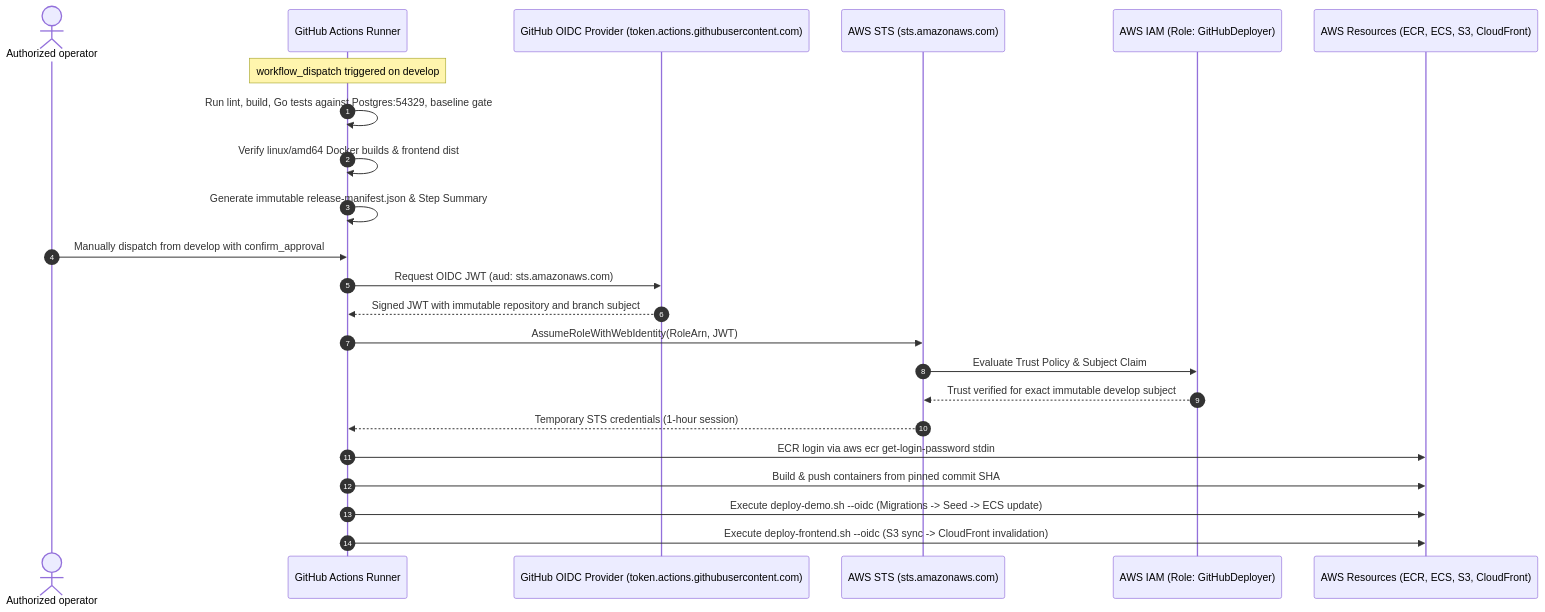
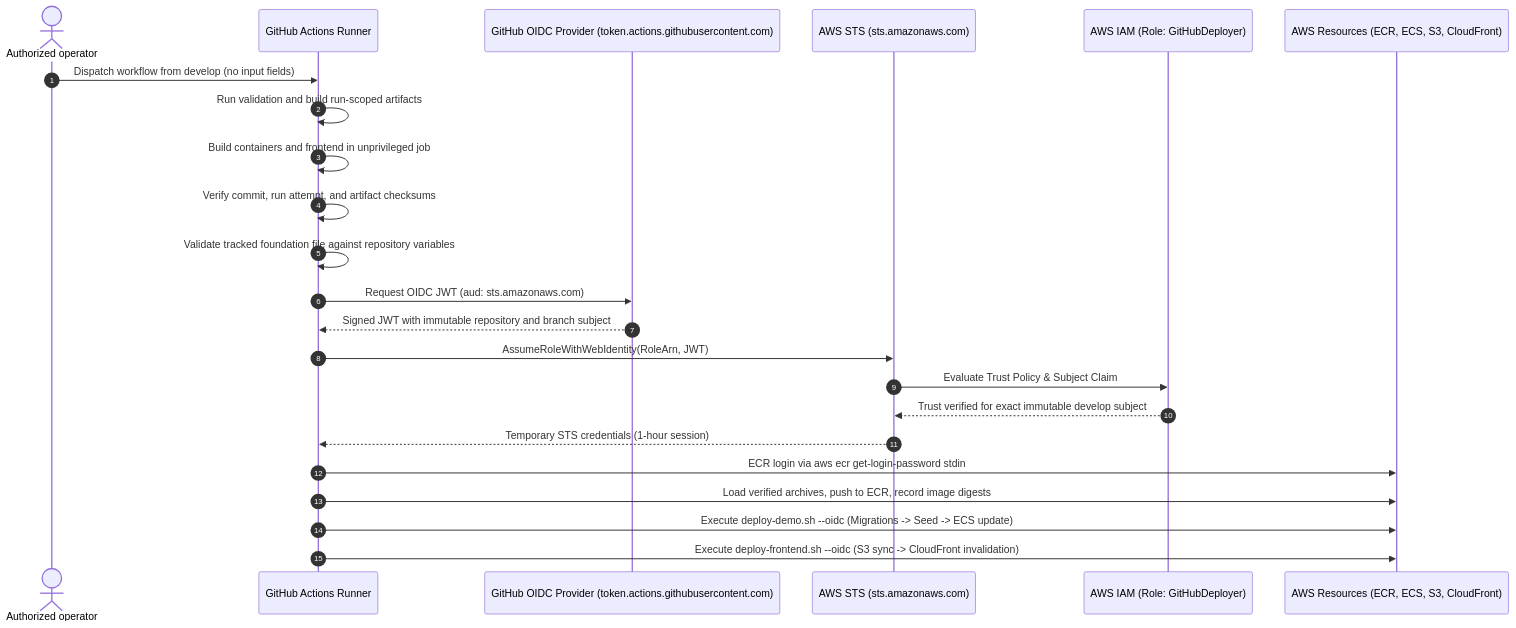
Before and after one commit to slabarcaf/flowcard-treasury: the diagram in docs/infra/github-oidc.md, drawn with Mermaid. The commit also changed other lines of this file and 7 other files, not shown here.

````diff
--- a/docs/infra/github-oidc.md
+++ b/docs/infra/github-oidc.md
@@ -13,26 +13,26 @@
 ```mermaid
 sequenceDiagram
     autonumber
     actor Operator as Authorized operator
     participant GHA as GitHub Actions Runner
     participant OIDC as GitHub OIDC Provider (token.actions.githubusercontent.com)
     participant STS as AWS STS (sts.amazonaws.com)
     participant IAM as AWS IAM (Role: GitHubDeployer)
     participant AWS as AWS Resources (ECR, ECS, S3, CloudFront)
 
-    Note over GHA: workflow_dispatch triggered on develop
-    GHA->>GHA: Run lint, build, Go tests against Postgres:54329, baseline gate
-    GHA->>GHA: Verify linux/amd64 Docker builds & frontend dist
-    GHA->>GHA: Generate immutable release-manifest.json & Step Summary
-    Operator->>GHA: Manually dispatch from develop with confirm_approval
+    Operator->>GHA: Dispatch workflow from develop (no input fields)
+    GHA->>GHA: Run validation and build run-scoped artifacts
+    GHA->>GHA: Build containers and frontend in unprivileged job
+    GHA->>GHA: Verify commit, run attempt, and artifact checksums
+    GHA->>GHA: Validate tracked foundation file against repository variables
     GHA->>OIDC: Request OIDC JWT (aud: sts.amazonaws.com)
     OIDC-->>GHA: Signed JWT with immutable repository and branch subject
     GHA->>STS: AssumeRoleWithWebIdentity(RoleArn, JWT)
     STS->>IAM: Evaluate Trust Policy & Subject Claim
     IAM-->>STS: Trust verified for exact immutable develop subject
     STS-->>GHA: Temporary STS credentials (1-hour session)
     GHA->>AWS: ECR login via aws ecr get-login-password stdin
-    GHA->>AWS: Build & push containers from pinned commit SHA
+    GHA->>AWS: Load verified archives, push to ECR, record image digests
     GHA->>AWS: Execute deploy-demo.sh --oidc (Migrations -> Seed -> ECS update)
     GHA->>AWS: Execute deploy-frontend.sh --oidc (S3 sync -> CloudFront invalidation)
 ```
````
